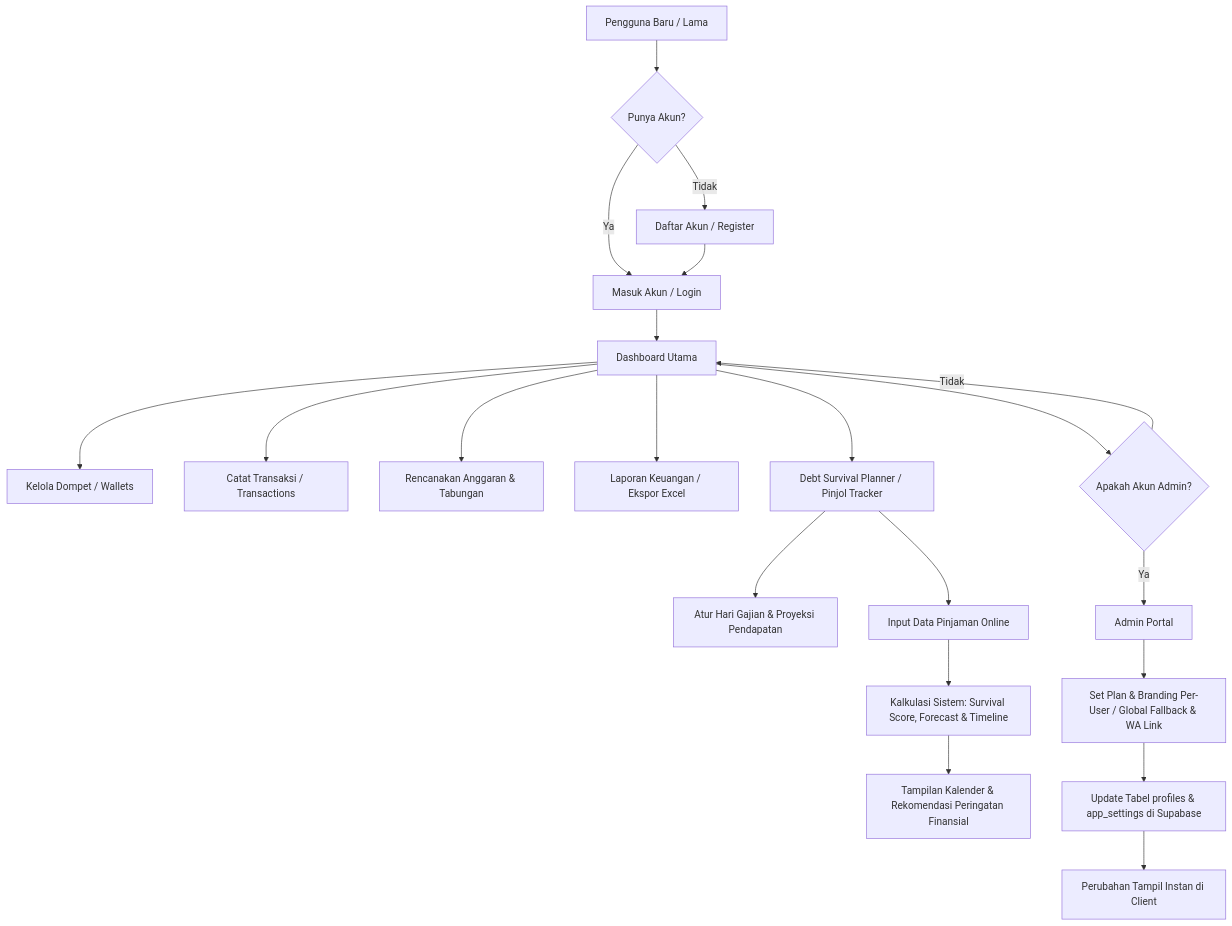
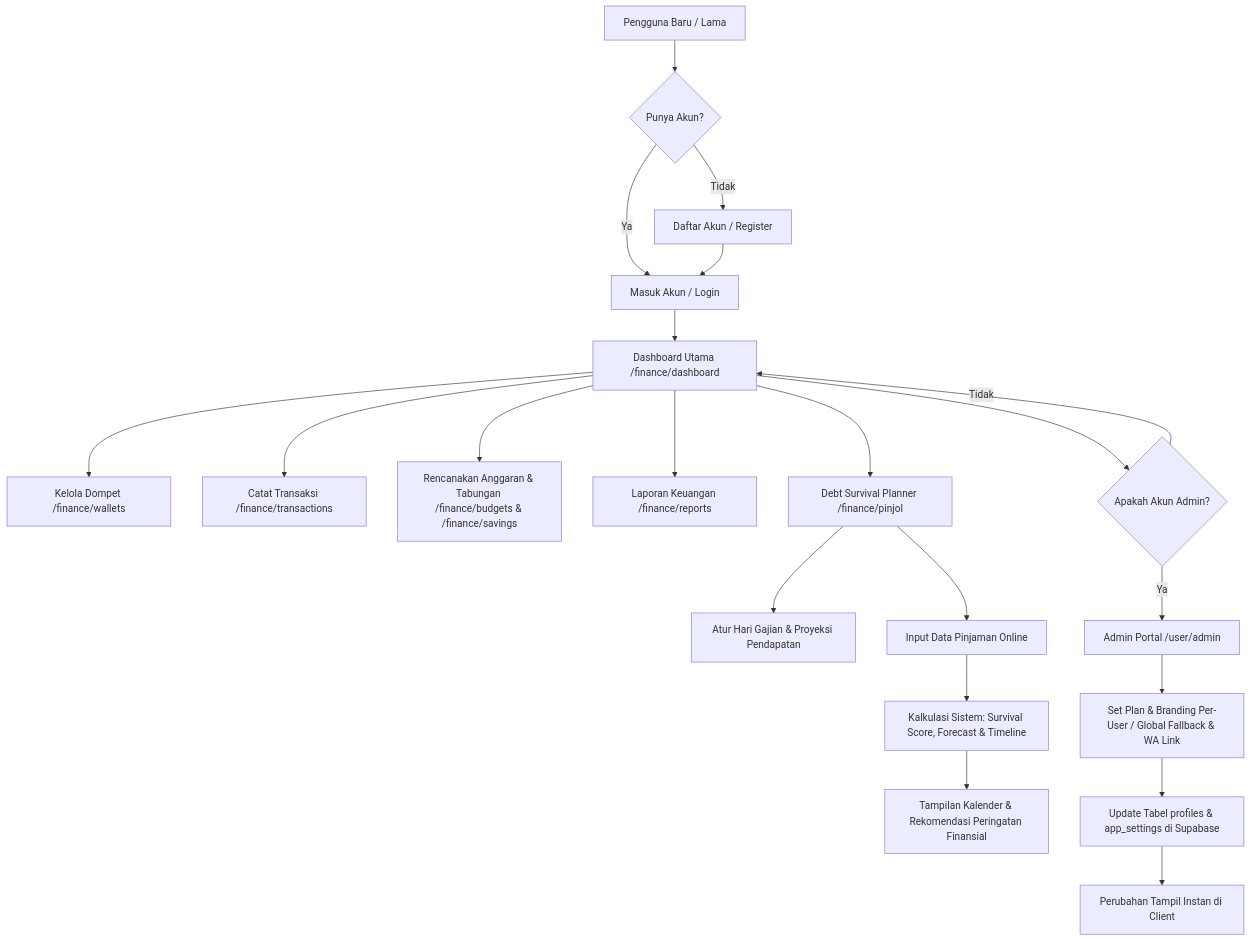
Before and after one commit to frklstn/FinanceApp: the diagram in docs/read.md, drawn with Mermaid. The commit also changed other lines of this file and 8 other files, not shown here.

Commit message:
feat(i18n,theme,docs): typecast reports calculations, localize reports page, refactor theme variables and dashboard gradients, update manual docs and cleanup settings folder

````diff
--- a/docs/read.md
+++ b/docs/read.md
@@ -53,29 +53,29 @@
 ```mermaid
 graph TD
     A[Pengguna Baru / Lama] --> B{Punya Akun?}
     B -- Tidak --> C[Daftar Akun / Register]
     B -- Ya --> D[Masuk Akun / Login]
     C --> D
-    D --> E[Dashboard Utama]
+    D --> E[Dashboard Utama /finance/dashboard]
     
     %% Alur Fitur Finansial
-    E --> F[Kelola Dompet / Wallets]
-    E --> G[Catat Transaksi / Transactions]
-    E --> H[Rencanakan Anggaran & Tabungan]
-    E --> I[Laporan Keuangan / Ekspor Excel]
+    E --> F[Kelola Dompet /finance/wallets]
+    E --> G[Catat Transaksi /finance/transactions]
+    E --> H[Rencanakan Anggaran & Tabungan /finance/budgets & /finance/savings]
+    E --> I[Laporan Keuangan /finance/reports]
     
     %% Alur Pinjol Planner
-    E --> J[Debt Survival Planner / Pinjol Tracker]
+    E --> J[Debt Survival Planner /finance/pinjol]
     J --> K[Atur Hari Gajian & Proyeksi Pendapatan]
     J --> L[Input Data Pinjaman Online]
     L --> M[Kalkulasi Sistem: Survival Score, Forecast & Timeline]
     M --> N[Tampilan Kalender & Rekomendasi Peringatan Finansial]
     
     %% Alur Admin
     E --> O{Apakah Akun Admin?}
-    O -- Ya --> P[Admin Portal]
+    O -- Ya --> P[Admin Portal /user/admin]
     P --> Q[Set Plan & Branding Per-User / Global Fallback & WA Link]
     Q --> R[Update Tabel profiles & app_settings di Supabase]
     R --> S[Perubahan Tampil Instan di Client]
     O -- Tidak --> E
 ```
````
